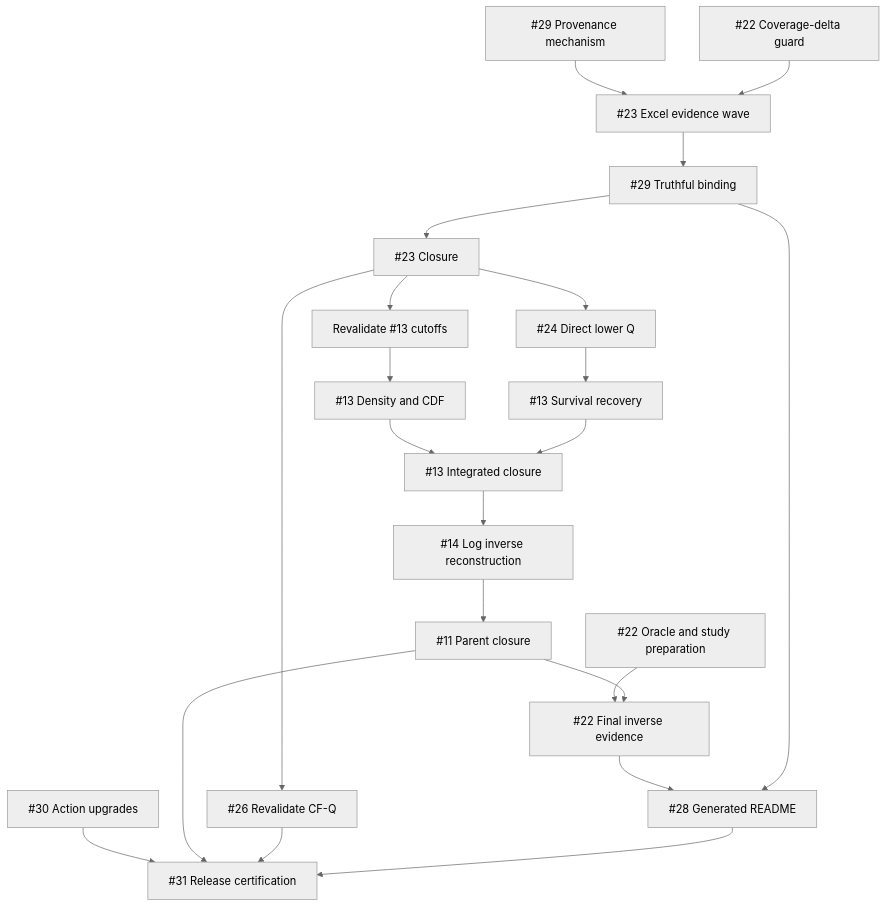
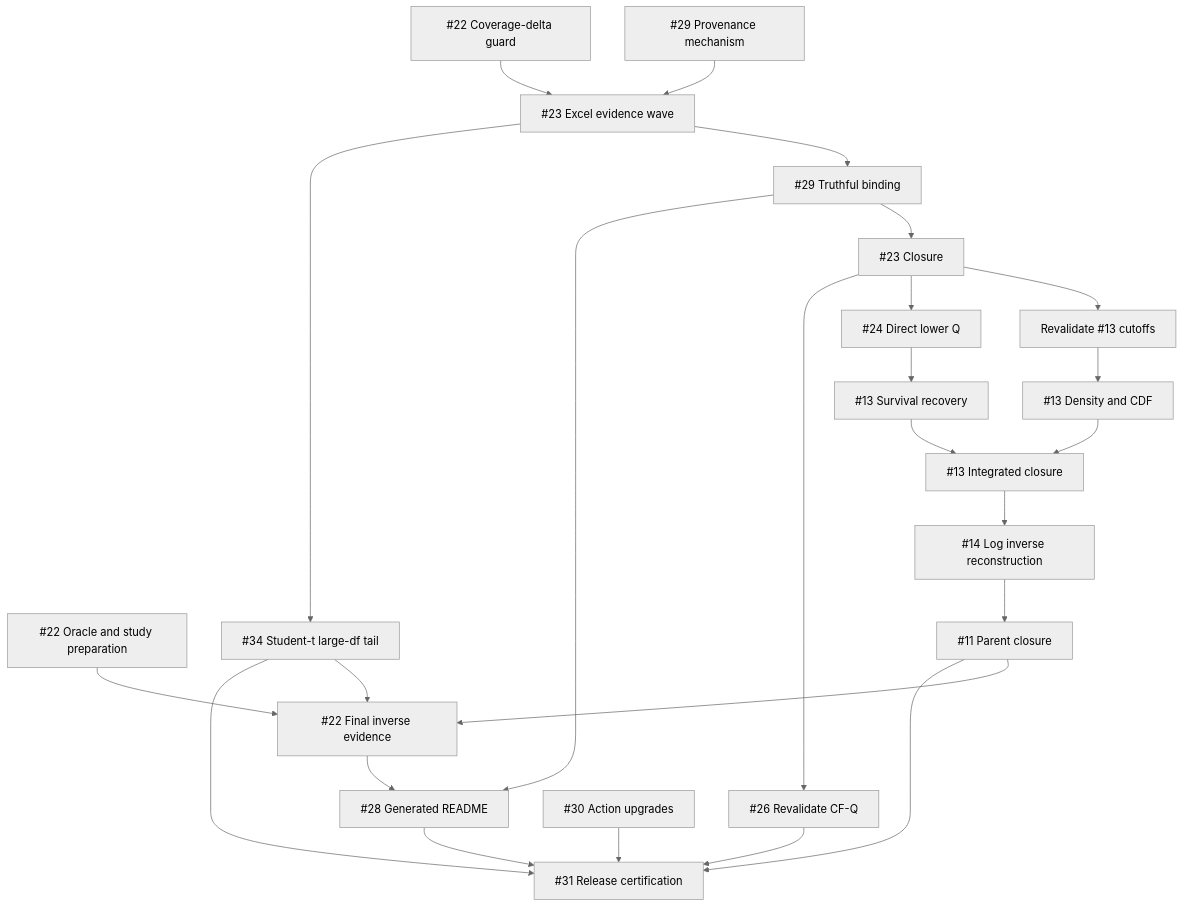
Before and after one commit to danielep71/VBA-PROBABILITY-DISTRIBUTIONS: the diagram in docs/V1_0_0_IMPLEMENTATION_PLAN.md, drawn with Mermaid (neutral theme). The commit also changed other lines of this file and 1 other file, not shown here.

First line of the commit message:
study(t): preregister the #34 large-df tail correction (refs #34, #22)

```diff
--- a/docs/V1_0_0_IMPLEMENTATION_PLAN.md
+++ b/docs/V1_0_0_IMPLEMENTATION_PLAN.md
@@ -160,24 +160,27 @@
 ~~~mermaid
 flowchart TD
     M29["#29 Provenance mechanism"] --> E23["#23 Excel evidence wave"]
     G22["#22 Coverage-delta guard"] --> E23
     P22["#22 Oracle and study preparation"] --> C22["#22 Final inverse evidence"]
     E23 --> C29["#29 Truthful binding"]
     C29 --> I23["#23 Closure"]
     I23 --> R13["Revalidate #13 cutoffs"]
     I23 --> I24["#24 Direct lower Q"]
     I23 --> I26["#26 Revalidate CF-Q"]
     R13 --> D13["#13 Density and CDF"]
     I24 --> S13["#13 Survival recovery"]
     D13 --> I13["#13 Integrated closure"]
     S13 --> I13
     I13 --> I14["#14 Log inverse reconstruction"]
     I14 --> I11["#11 Parent closure"]
     I11 --> C22
+    E23 --> I34["#34 Student-t large-df tail"]
+    I34 --> C22
+    I34 --> I31
     C22 --> I28["#28 Generated README"]
     C29 --> I28
     I30["#30 Action upgrades"] --> I31["#31 Release certification"]
     I11 --> I31
     I26 --> I31
     I28 --> I31
 ~~~
```
